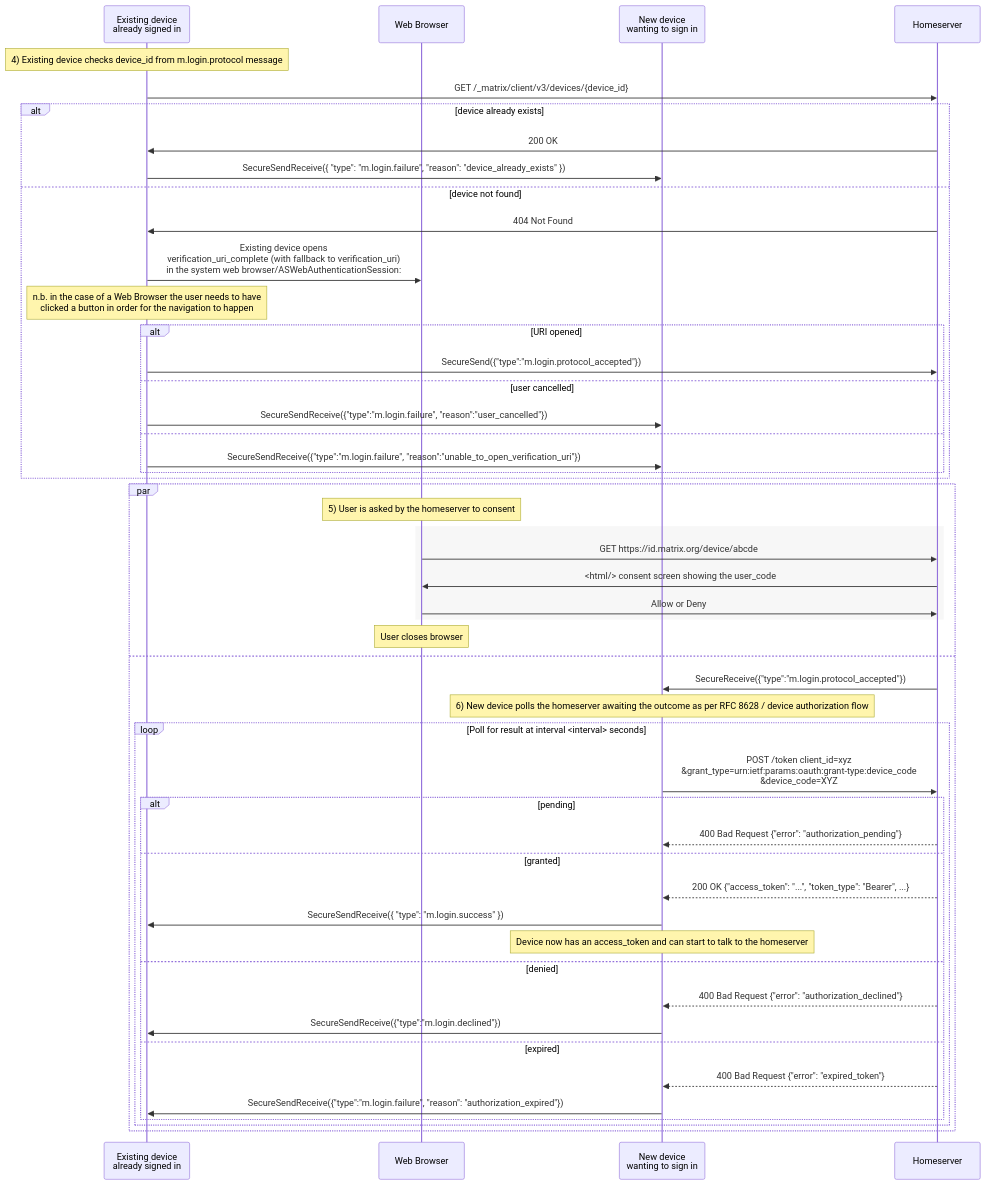
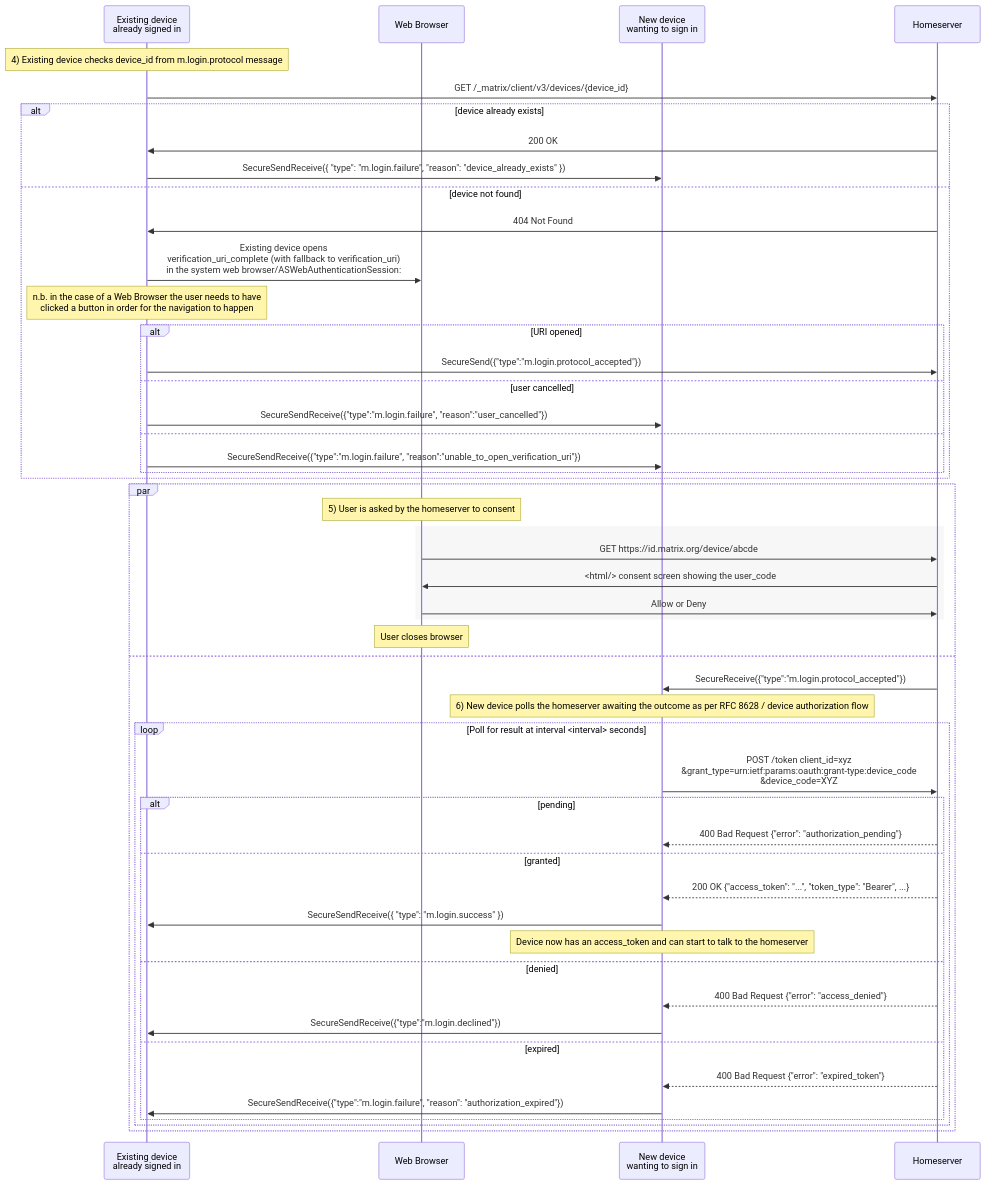
One commit to matrix-org/matrix-spec-proposals changed the fourth of 5 diagrams in proposals/4108-oidc-qr-login.md. Above: the diagram before and after it, drawn with Mermaid. The commit also changed other lines of this file, not shown here.

````diff
--- a/proposals/4108-oidc-qr-login.md
+++ b/proposals/4108-oidc-qr-login.md
@@ -505,53 +505,53 @@
 ```mermaid
 sequenceDiagram
     participant E as Existing device <br>already signed in
     participant UA as Web Browser
     participant N as New device <br>wanting to sign in
     participant HS as Homeserver
 
         note over E: 4) Existing device checks device_id from m.login.protocol message
         E->>HS: GET /_matrix/client/v3/devices/{device_id}
         alt device already exists
             HS->>E: 200 OK
             E->>N: SecureSendReceive({ "type": "m.login.failure", "reason": "device_already_exists" })
         else device not found
             HS->>E: 404 Not Found
             E->>UA: Existing device opens <br>verification_uri_complete (with fallback to verification_uri)<br> in the system web browser/ASWebAuthenticationSession:
             Note over E: n.b. in the case of a Web Browser the user needs to have<br> clicked a button in order for the navigation to happen
             alt URI opened
                 E->>HS: SecureSend({"type":"m.login.protocol_accepted"})
             else user cancelled
                 E->>N: SecureSendReceive({"type":"m.login.failure", "reason":"user_cancelled"})
             else
                 E->>N: SecureSendReceive({"type":"m.login.failure", "reason":"unable_to_open_verification_uri"})
             end
         end
         par
             Note over UA: 5) User is asked by the homeserver to consent
             rect rgba(240,240,240,0.5)
                 UA->>HS: GET https://id.matrix.org/device/abcde
                 HS->>UA: <html/> consent screen showing the user_code
                 UA->>HS: Allow or Deny
             end
             Note over UA: User closes browser
         and
             HS->>N: SecureReceive({"type":"m.login.protocol_accepted"})
         note over N: 6) New device polls the homeserver awaiting the outcome as per RFC 8628 / device authorization flow
             loop Poll for result at interval <interval> seconds
                 N->>HS: POST /token client_id=xyz<br>&grant_type=urn:ietf:params:oauth:grant-type:device_code<br>&device_code=XYZ
                 alt pending
                     HS-->>N: 400 Bad Request {"error": "authorization_pending"}
                 else granted
                     HS-->>N: 200 OK {"access_token": "...", "token_type": "Bearer", ...}
                     N->>E: SecureSendReceive({ "type": "m.login.success" })
                     Note over N: Device now has an access_token and can start to talk to the homeserver
                 else denied
-                    HS-->>N: 400 Bad Request {"error": "authorization_declined"}
+                    HS-->>N: 400 Bad Request {"error": "access_denied"}
                     N->>E: SecureSendReceive({"type":"m.login.declined"})
                 else expired
                     HS-->>N: 400 Bad Request {"error": "expired_token"}
                     N->>E: SecureSendReceive({"type":"m.login.failure", "reason": "authorization_expired"})
                 end
             end
         end
 ```
````
